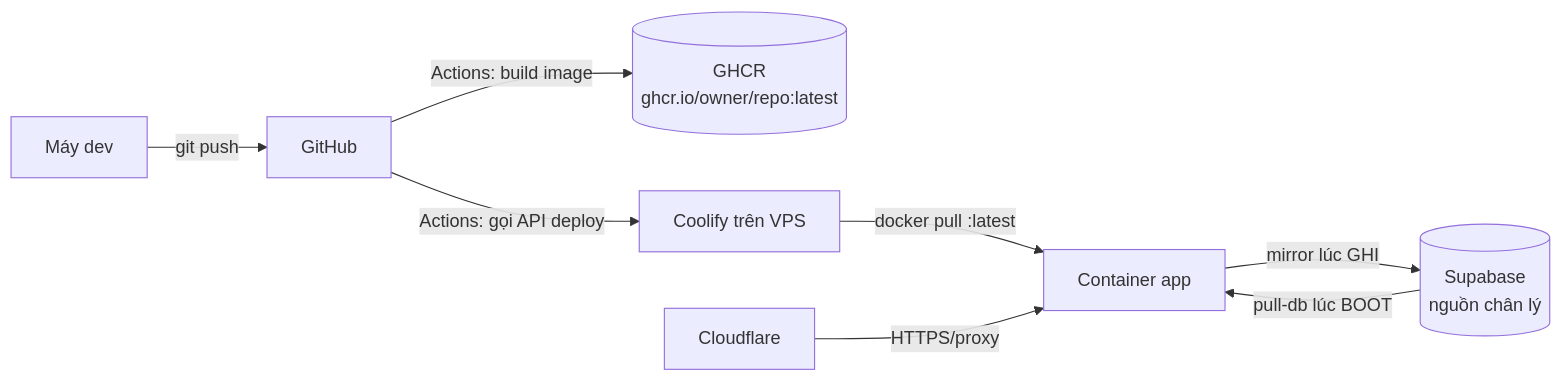
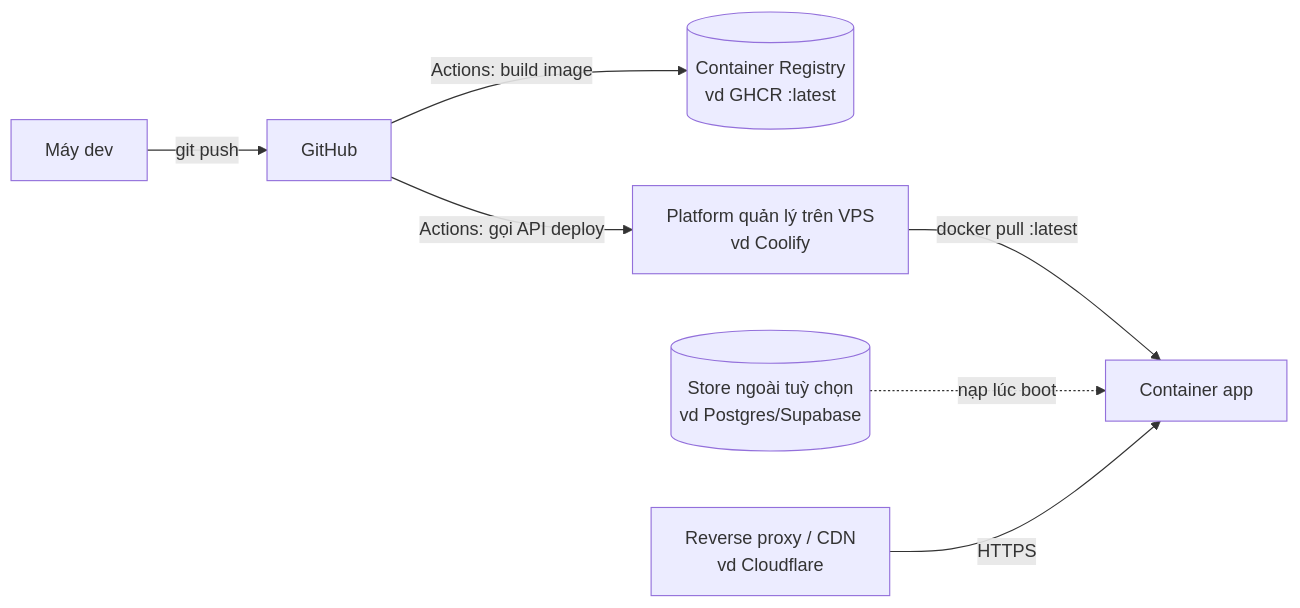
One commit to phihung13/school-ai-studio changed the diagram in docs/DEPLOY-PLAYBOOK.md. Above: the diagram before and after it, drawn with Mermaid. The commit also changed other lines of this file and 1 other file, not shown here.

First line of the commit message:
Playbook deploy: viết lại dạng CÔNG THỨC CHUNG (bỏ chi tiết riêng của app)

````diff
--- a/docs/DEPLOY-PLAYBOOK.md
+++ b/docs/DEPLOY-PLAYBOOK.md
@@ -12,10 +13,9 @@
 ```mermaid
 flowchart LR
   dev[Máy dev] -- git push --> gh[GitHub]
-  gh -- Actions: build image --> ghcr[(GHCR<br/>ghcr.io/owner/repo:latest)]
-  gh -- Actions: gọi API deploy --> cool[Coolify trên VPS]
-  cool -- docker pull :latest --> vps[Container app]
-  supa[(Supabase<br/>nguồn chân lý)] -- pull-db lúc BOOT --> vps
-  vps -- mirror lúc GHI --> supa
-  cf[Cloudflare] -- HTTPS/proxy --> vps
+  gh -- Actions: build image --> reg[(Container Registry<br/>vd GHCR :latest)]
+  gh -- Actions: gọi API deploy --> pm[Platform quản lý trên VPS<br/>vd Coolify]
+  pm -- docker pull :latest --> app[Container app]
+  db[(Store ngoài tuỳ chọn<br/>vd Postgres/Supabase)] -. nạp lúc boot .-> app
+  cf[Reverse proxy / CDN<br/>vd Cloudflare] -- HTTPS --> app
 ```
````
